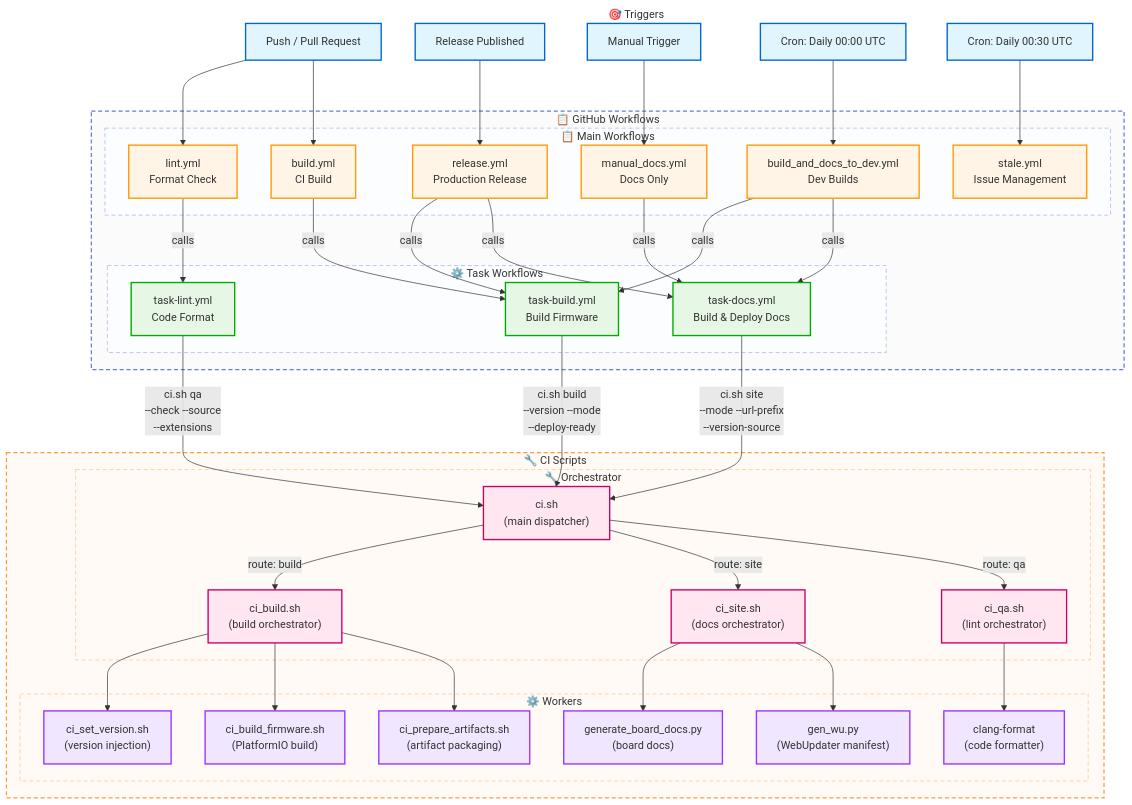
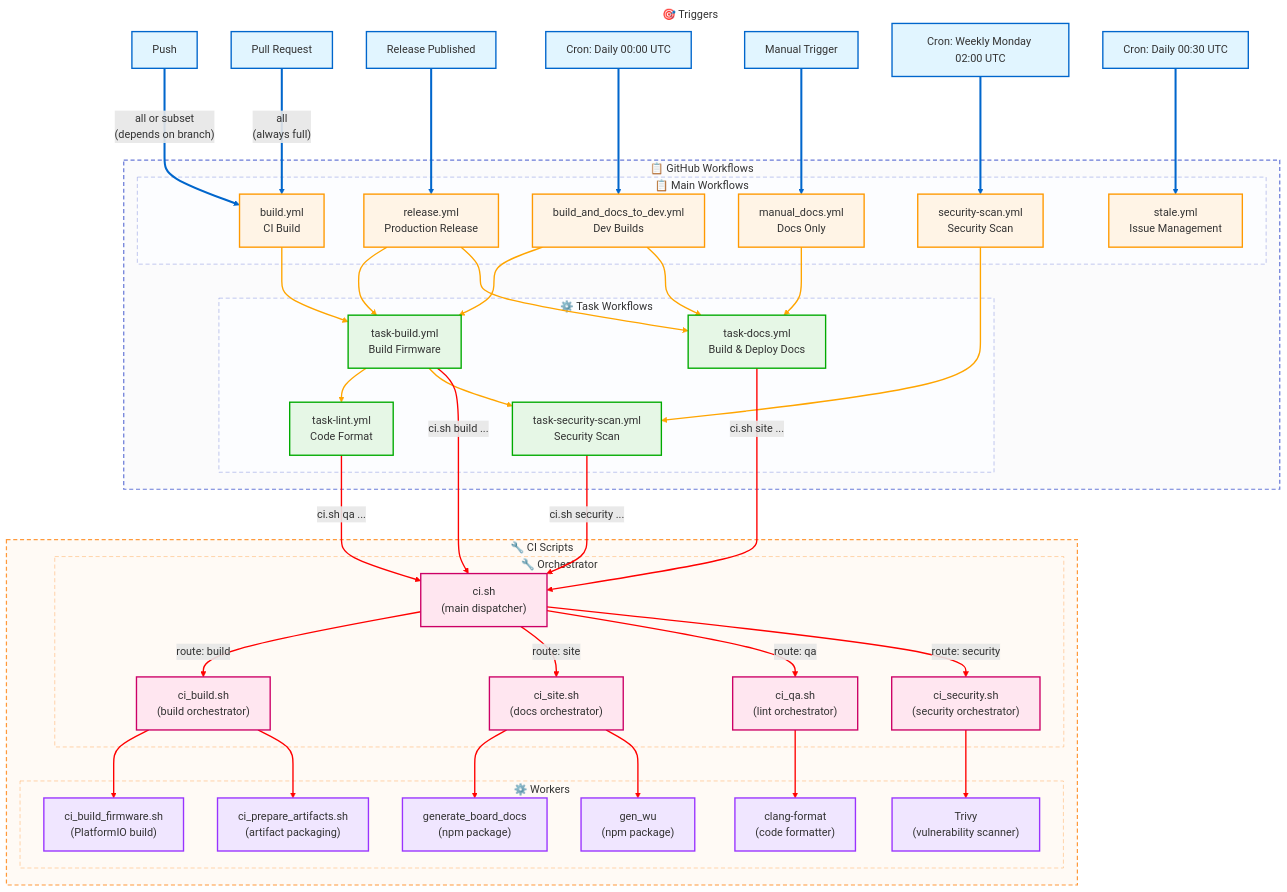
The diagram in .github/workflows/README.md (GWan1234/OpenMQTTGateway), drawn with Mermaid before and after one commit. The commit also changed other lines of this file and 72 other files, not shown here.

First line of the commit message:
[SITE] Renew the web board presentation and the ESP32 web upload + [SYS] Security checks (#2277)

````diff
--- a/.github/workflows/README.md
+++ b/.github/workflows/README.md
@@ -403,32 +47,36 @@
 ```mermaid
+
 flowchart TD
     %% Triggers
     subgraph triggers ["🎯 Triggers"]
-        push["Push / Pull Request"]
+        push["Push"]
+        pr["Pull Request"]
         release["Release Published"]
+         cron1["Cron: Daily 00:00 UTC"]
         manual["Manual Trigger"]
-        cron1["Cron: Daily 00:00 UTC"]
+       cron3["Cron: Weekly Monday 02:00 UTC"]
         cron2["Cron: Daily 00:30 UTC"]
+        
     end
 
 subgraph github_workflows ["📋 GitHub Workflows"]
     %% Main Workflows
     subgraph main ["📋 Main Workflows"]
-        lint["lint.yml<br/>Format Check"]
-        
         build["build.yml<br/>CI Build"]
-        
         release_wf["release.yml<br/>Production Release"]
+        build_dev["build_and_docs_to_dev.yml<br/>Dev Builds"]
+        security_scan["security-scan.yml<br/>Security Scan"]
+        stale["stale.yml<br/>Issue Management"]
         manual_docs["manual_docs.yml<br/>Docs Only"]
-        build_dev["build_and_docs_to_dev.yml<br/>Dev Builds"]
-        stale["stale.yml<br/>Issue Management"]
     end
 
     %% Task Workflows
     subgraph tasks ["⚙️ Task Workflows"]
         task_build["task-build.yml<br/>Build Firmware"]
+        task_lint["task-lint.yml<br/>Code Format"]
+        task_security["task-security-scan.yml<br/>Security Scan"]
         task_docs["task-docs.yml<br/>Build & Deploy Docs"]
-        task_lint["task-lint.yml<br/>Code Format"]
+
     end
 end
 
@@ -439,49 +87,56 @@
         ci_build_script["ci_build.sh<br/>(build orchestrator)"]
         ci_site_script["ci_site.sh<br/>(docs orchestrator)"]
         ci_qa_script["ci_qa.sh<br/>(lint orchestrator)"]
+        ci_security_script["ci_security.sh<br/>(security orchestrator)"]
     end
 
     %% Sub-Scripts Layer
     subgraph sub_scripts ["⚙️ Workers"]
-        ci_set_ver["ci_set_version.sh<br/>(version injection)"]
         ci_build_fw["ci_build_firmware.sh<br/>(PlatformIO build)"]
         ci_prep_art["ci_prepare_artifacts.sh<br/>(artifact packaging)"]
-        gen_board["generate_board_docs.py<br/>(board docs)"]
-        gen_wu["gen_wu.py<br/>(WebUpdater manifest)"]
+        gen_board["generate_board_docs<br/>(npm package)"]
+        gen_wu["gen_wu<br/>(npm package)"]
         clang_fmt["clang-format<br/>(code formatter)"]
+        trivy["Trivy<br/>(vulnerability scanner)"]
     end
 end
 
     %% Trigger connections
-    push --> lint
-    push --> build
+    push -->|"all or subset<br/>(depends on branch)"| build
+    pr -->|"all<br/>(always full)"| build
     
     release --> release_wf
     manual --> manual_docs
     cron1 --> build_dev
     cron2 --> stale
+    cron3 --> security_scan
 
     %% Main workflow to task workflow connections
-    build -->|calls| task_build
-    lint -->|calls| task_lint
-    build_dev -->|calls| task_build
-    build_dev -->|calls| task_docs
-    release_wf -->|calls| task_build
-    release_wf -->|calls| task_docs
-    manual_docs -->|calls| task_docs
+    build --> task_build
+    build_dev --> task_build
+    build_dev --> task_docs
+    release_wf --> task_build
+    release_wf --> task_docs
+    manual_docs --> task_docs
+    security_scan --> task_security
+
+    %% Task workflow internal dependencies
+    task_build --> task_lint
+    task_build --> task_security
 
     %% Task workflows to CI scripts
-    task_build -->|"ci.sh build<br/>--version --mode<br/>--deploy-ready"| ci_main
-    task_docs -->|"ci.sh site<br/>--mode --url-prefix<br/>--version-source"| ci_main
-    task_lint -->|"ci.sh qa<br/>--check --source<br/>--extensions"| ci_main
+    task_build -->|"ci.sh build ..."| ci_main
+    task_docs -->|"ci.sh site ..."| ci_main
+    task_lint -->|"ci.sh qa ..."| ci_main
+    task_security -->|"ci.sh security ..."| ci_main
 
     %% CI main dispatcher to orchestrators
     ci_main -->|"route: build"| ci_build_script
     ci_main -->|"route: site"| ci_site_script
     ci_main -->|"route: qa"| ci_qa_script
+    ci_main -->|"route: security"| ci_security_script
 
     %% Orchestrators to workers
-    ci_build_script --> ci_set_ver
     ci_build_script --> ci_build_fw
     ci_build_script --> ci_prep_art
     
@@ -490,6 +145,8 @@
     
     ci_qa_script --> clang_fmt
 
+    ci_security_script --> trivy
+
     %% Styling
     classDef triggerStyle fill:#e1f5ff,stroke:#0066cc,stroke-width:2px
     classDef mainStyle fill:#fff4e6,stroke:#ff9900,stroke-width:2px
@@ -497,11 +154,11 @@
     classDef ciStyle fill:#ffe6f0,stroke:#cc0066,stroke-width:2px
     classDef subStyle fill:#f0e6ff,stroke:#9933ff,stroke-width:2px
     
-    class push,release,manual,cron1,cron2 triggerStyle
-    class build,lint,release_wf,manual_docs,build_dev,stale mainStyle
-    class task_build,task_docs,task_lint taskStyle
-    class ci_main,ci_build_script,ci_site_script,ci_qa_script ciStyle
-    class ci_set_ver,ci_build_fw,ci_prep_art,gen_board,gen_wu,clang_fmt subStyle
+    class push,pr,release,manual,cron1,cron2,cron3 triggerStyle
+    class build,release_wf,manual_docs,build_dev,stale,security_scan mainStyle
+    class task_build,task_docs,task_lint,task_security taskStyle
+    class ci_main,ci_build_script,ci_site_script,ci_qa_script,ci_security_script ciStyle
+    class ci_build_fw,ci_prep_art,gen_board,gen_wu,clang_fmt,trivy subStyle
 
     
     style github_workflows stroke:#6A7BD8,stroke-dasharray:6 4,stroke-width:1.8px,fill:#fbfbfc
@@ -513,5 +170,9 @@
     style sub_scripts stroke:#FF9A3C,stroke-dasharray:6 4,stroke-width:0.6px,fill:#fffaf5
 
     style triggers fill:none,stroke:none
+
+    linkStyle 0,1,2,3,4,5,6 stroke:#0066cc,stroke-width:3px;
+    linkStyle 7,8,9,10,11,12,13,14,15 stroke:orange, stroke-width:2px;
+    linkStyle 16,17,18,19,20,21,22,23,24,25,26,27,28,29 stroke:red, stroke-width:2px;
     
 ```
````
